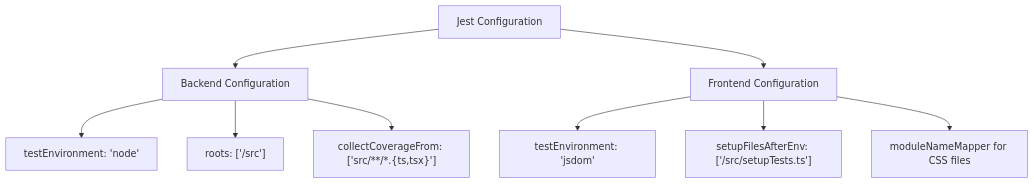
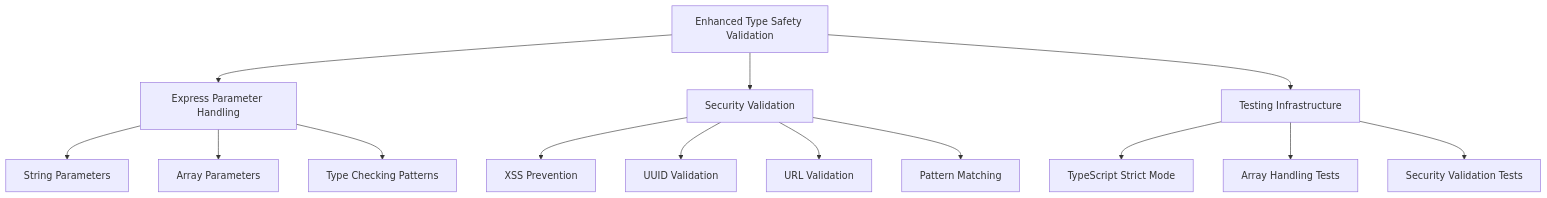
Before and after one commit to Brimstow/ThumPiks: the sixth of 6 diagrams in .qoder/repowiki/en/content/Testing Strategy/Testing Strategy.md, drawn with Mermaid. The commit also changed other lines of this file and 900 other files, not shown here.

````diff
--- a/.qoder/repowiki/en/content/Testing Strategy/Testing Strategy.md
+++ b/.qoder/repowiki/en/content/Testing Strategy/Testing Strategy.md
@@ -37,11 +881,16 @@
 ```mermaid
 flowchart TD
-A["Jest Configuration"] --> B["Backend Configuration"]
-A --> C["Frontend Configuration"]
-B --> D["testEnvironment: 'node'"]
-B --> E["roots: ['<rootDir>/src']"]
-B --> F["collectCoverageFrom: ['src/**/*.{ts,tsx}']"]
-C --> G["testEnvironment: 'jsdom'"]
-C --> H["setupFilesAfterEnv: ['<rootDir>/src/setupTests.ts']"]
-C --> I["moduleNameMapper for CSS files"]
+A["Enhanced Type Safety Validation"] --> B["Express Parameter Handling"]
+A --> C["Security Validation"]
+A --> D["Testing Infrastructure"]
+B --> E["String Parameters"]
+B --> F["Array Parameters"]
+B --> G["Type Checking Patterns"]
+C --> H["XSS Prevention"]
+C --> I["UUID Validation"]
+C --> J["URL Validation"]
+C --> K["Pattern Matching"]
+D --> L["TypeScript Strict Mode"]
+D --> M["Array Handling Tests"]
+D --> N["Security Validation Tests"]
 ```
````
